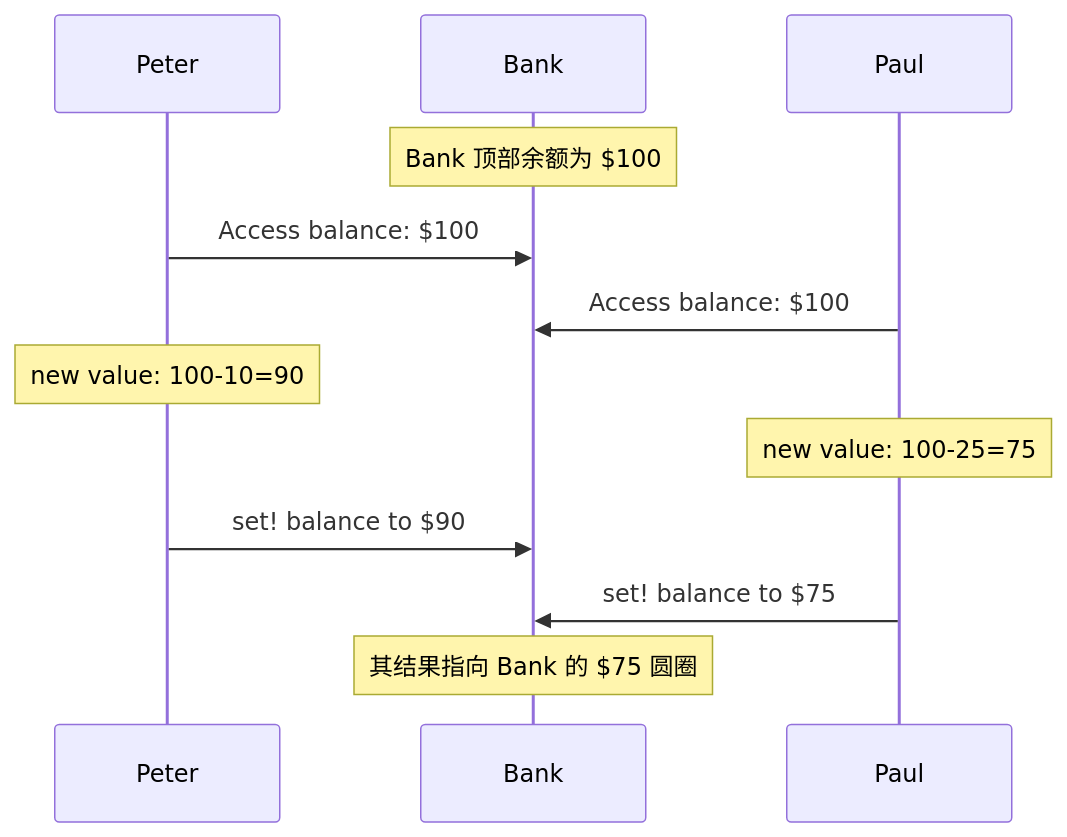
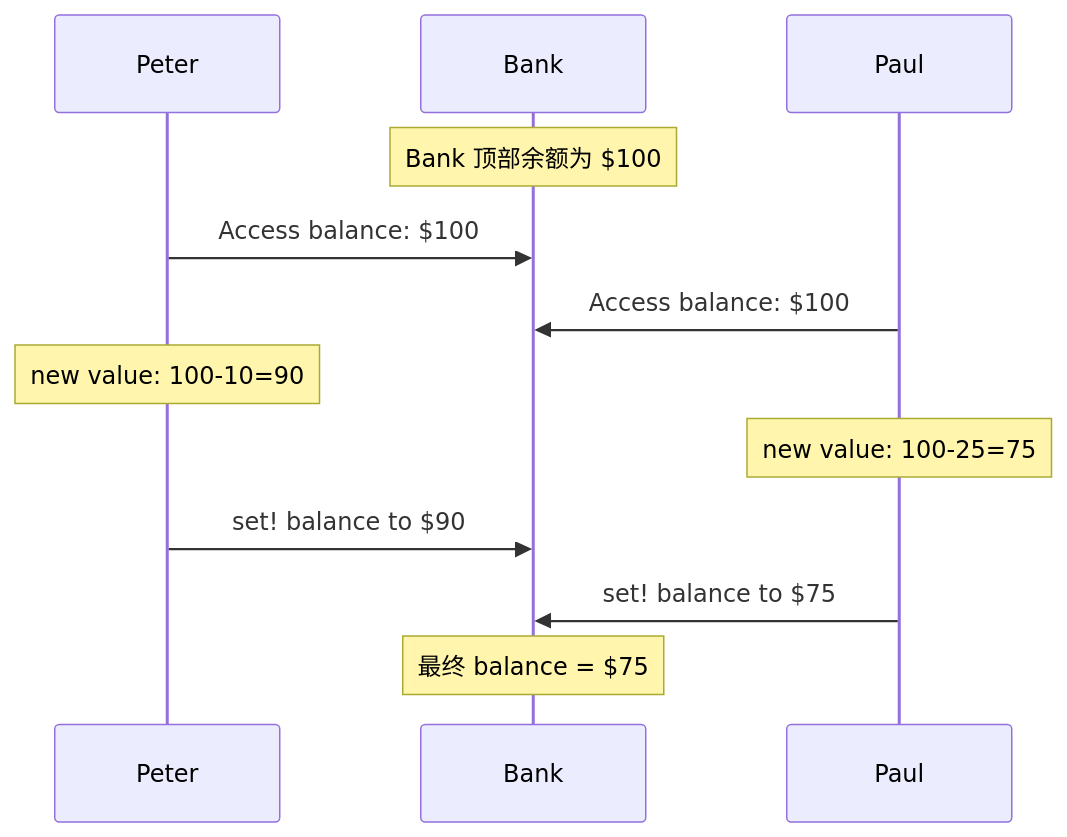
One commit to xiehanff/trans-books-city changed diagram 27 of 36 in books/structure-and-interpretation-of-computer-programs/03-第3章-模块化对象和状态.md. Above: the diagram before and after it, drawn with Mermaid. The commit also changed other lines of this file and 80 other files, not shown here.

````diff
--- a/books/structure-and-interpretation-of-computer-programs/03-第3章-模块化对象和状态.md
+++ b/books/structure-and-interpretation-of-computer-programs/03-第3章-模块化对象和状态.md
@@ -2605,14 +2614,14 @@
 ```mermaid
 sequenceDiagram
     participant P as Peter
     participant B as Bank
     participant Q as Paul
     Note over B: Bank 顶部余额为 $100
     P->>B: Access balance: $100
     Q->>B: Access balance: $100
     Note over P: new value: 100-10=90
     Note over Q: new value: 100-25=75
     P->>B: set! balance to $90
     Q->>B: set! balance to $75
-    Note over B: 其结果指向 Bank 的 $75 圆圈
+    Note over B: 最终 balance = $75
 ```
````
